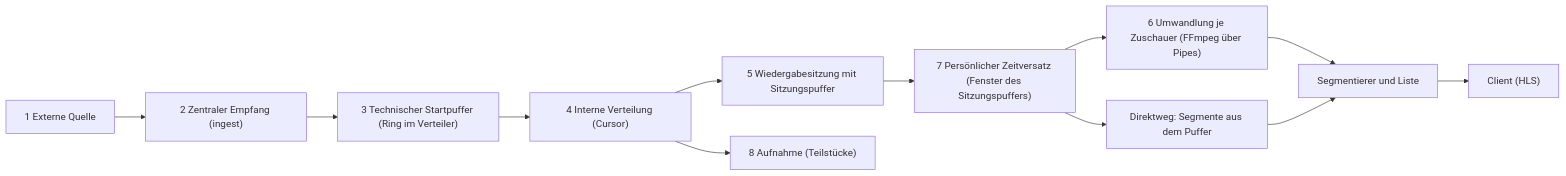
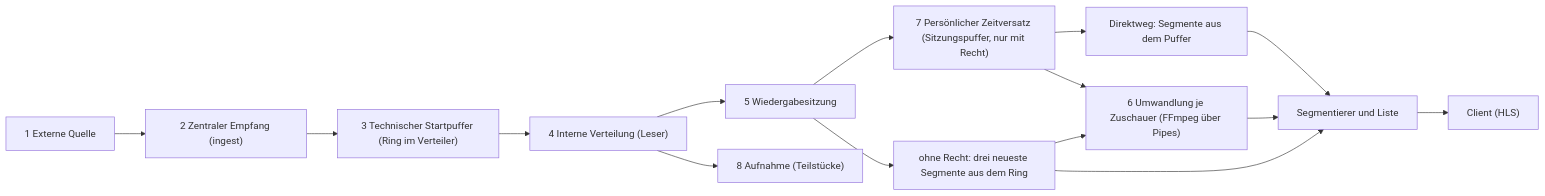
The second of 3 diagrams in docs/planning/28-live-tv/04-architektur.md (SlouchCat/slouchcat), drawn with Mermaid before and after one commit. The commit also changed other lines of this file and 1 other file, not shown here.

First line of the commit message:
docs(planning): concept 28 live TV, architecture and streaming, version 2

````diff
--- a/docs/planning/28-live-tv/04-architektur.md
+++ b/docs/planning/28-live-tv/04-architektur.md
@@ -209,14 +249,17 @@
 ```mermaid
 flowchart LR
   E1["1 Externe Quelle"] --> E2["2 Zentraler Empfang (ingest)"]
   E2 --> E3["3 Technischer Startpuffer (Ring im Verteiler)"]
-  E3 --> E4["4 Interne Verteilung (Cursor)"]
-  E4 --> E5["5 Wiedergabesitzung mit Sitzungspuffer"]
+  E3 --> E4["4 Interne Verteilung (Leser)"]
+  E4 --> E5["5 Wiedergabesitzung"]
   E4 --> E8["8 Aufnahme (Teilstücke)"]
-  E5 --> E7["7 Persönlicher Zeitversatz (Fenster des Sitzungspuffers)"]
+  E5 --> E7["7 Persönlicher Zeitversatz (Sitzungspuffer, nur mit Recht)"]
+  E5 --> D0["ohne Recht: drei neueste Segmente aus dem Ring"]
   E7 --> D["Direktweg: Segmente aus dem Puffer"]
   E7 --> E6["6 Umwandlung je Zuschauer (FFmpeg über Pipes)"]
+  D0 --> E6
   E6 --> S["Segmentierer und Liste"]
   D --> S
+  D0 --> S
   S --> C["Client (HLS)"]
 ```
````
